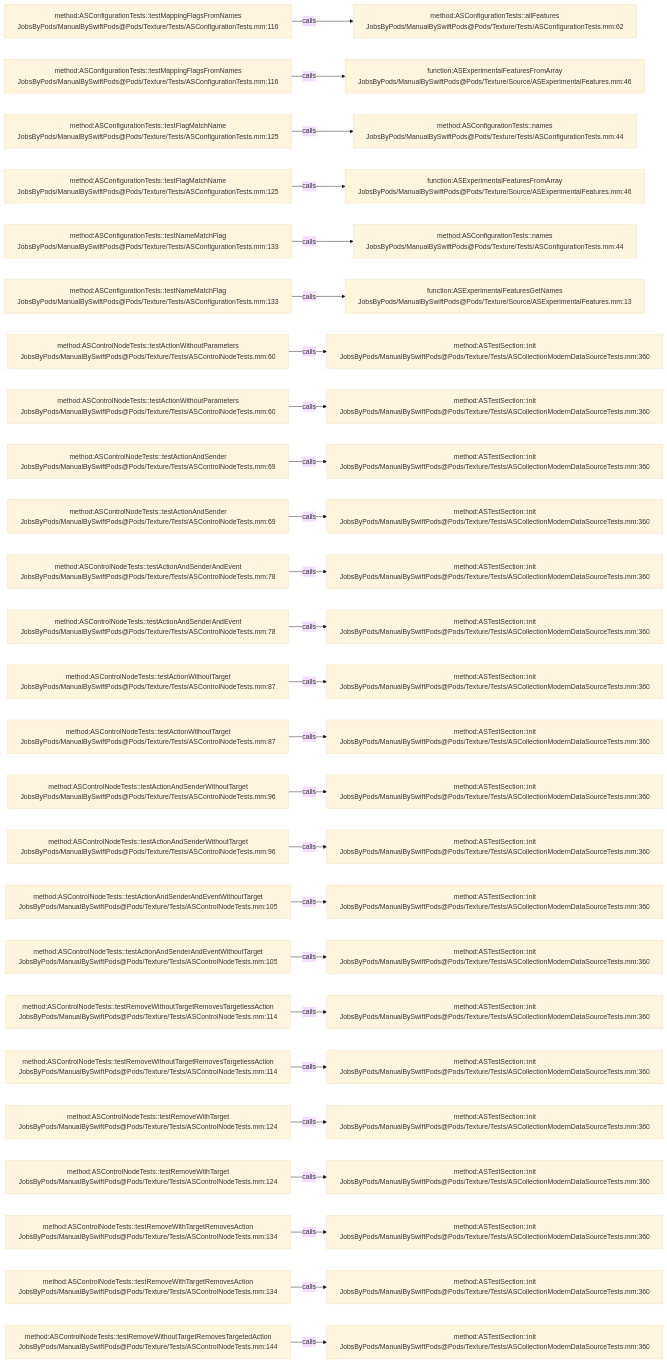
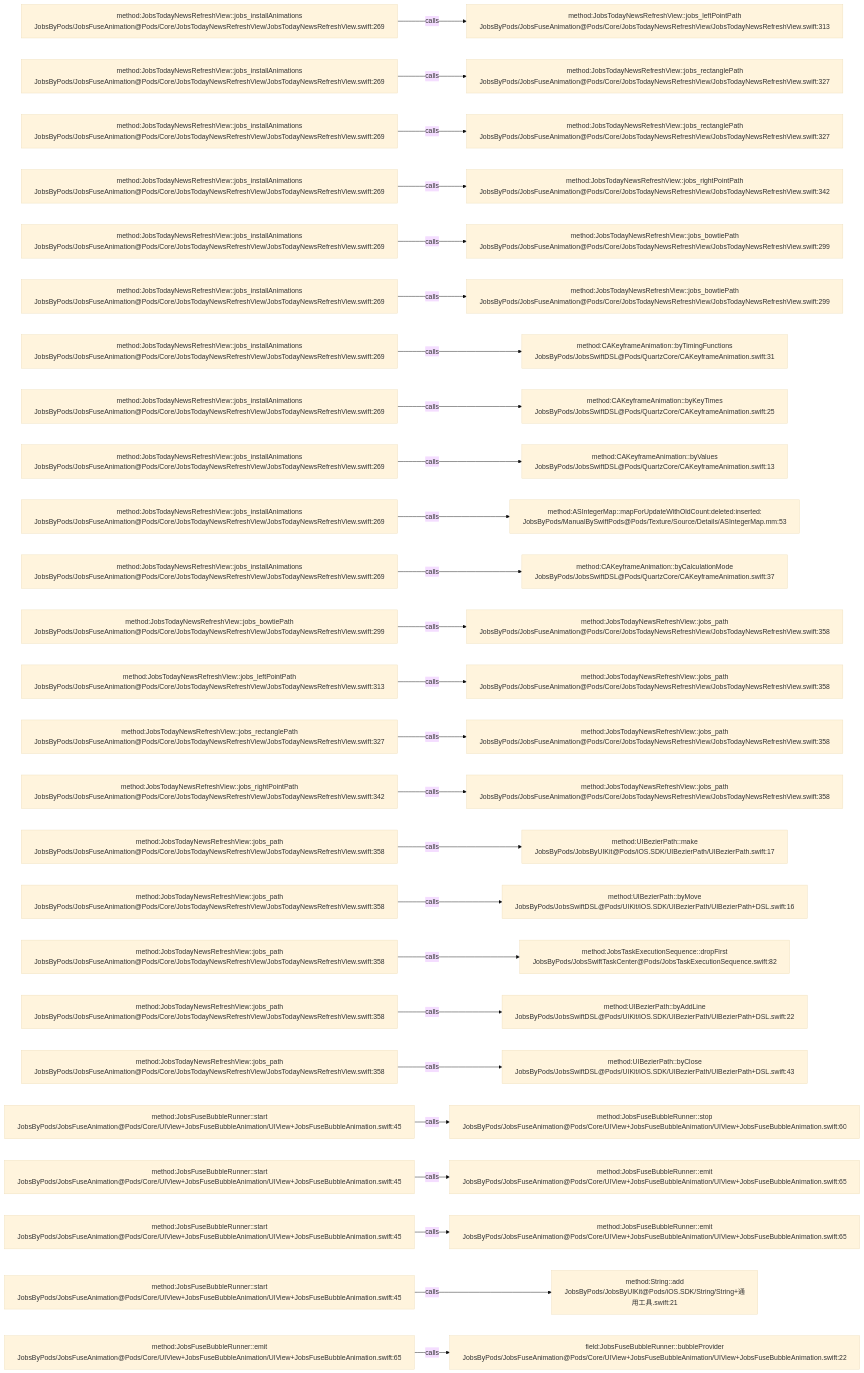
One commit to JobsKits/JobsSwiftBaseConfigDemo changed the diagram in .codegraph/codegraph.md/graphs/calls-175.md. Above: the diagram before and after it, drawn with Mermaid (base theme). The commit also changed 224 other files, not shown here.

````diff
--- a/.codegraph/codegraph.md/graphs/calls-175.md
+++ b/.codegraph/codegraph.md/graphs/calls-175.md
@@ -13,78 +13,78 @@
 ```mermaid
 flowchart LR
-  S1["method:ASConfigurationTests::testMappingFlagsFromNames<br/>JobsByPods/ManualBySwiftPods@Pods/Texture/Tests/ASConfigurationTests.mm:116"]
-  T1["method:ASConfigurationTests::allFeatures<br/>JobsByPods/ManualBySwiftPods@Pods/Texture/Tests/ASConfigurationTests.mm:62"]
+  S1["method:JobsTodayNewsRefreshView::jobs_installAnimations<br/>JobsByPods/JobsFuseAnimation@Pods/Core/JobsTodayNewsRefreshView/JobsTodayNewsRefreshView.swift:269"]
+  T1["method:JobsTodayNewsRefreshView::jobs_leftPointPath<br/>JobsByPods/JobsFuseAnimation@Pods/Core/JobsTodayNewsRefreshView/JobsTodayNewsRefreshView.swift:313"]
   S1 -->|calls| T1
-  S2["method:ASConfigurationTests::testMappingFlagsFromNames<br/>JobsByPods/ManualBySwiftPods@Pods/Texture/Tests/ASConfigurationTests.mm:116"]
-  T2["function:ASExperimentalFeaturesFromArray<br/>JobsByPods/ManualBySwiftPods@Pods/Texture/Source/ASExperimentalFeatures.mm:46"]
+  S2["method:JobsTodayNewsRefreshView::jobs_installAnimations<br/>JobsByPods/JobsFuseAnimation@Pods/Core/JobsTodayNewsRefreshView/JobsTodayNewsRefreshView.swift:269"]
+  T2["method:JobsTodayNewsRefreshView::jobs_rectanglePath<br/>JobsByPods/JobsFuseAnimation@Pods/Core/JobsTodayNewsRefreshView/JobsTodayNewsRefreshView.swift:327"]
   S2 -->|calls| T2
-  S3["method:ASConfigurationTests::testFlagMatchName<br/>JobsByPods/ManualBySwiftPods@Pods/Texture/Tests/ASConfigurationTests.mm:125"]
-  T3["method:ASConfigurationTests::names<br/>JobsByPods/ManualBySwiftPods@Pods/Texture/Tests/ASConfigurationTests.mm:44"]
+  S3["method:JobsTodayNewsRefreshView::jobs_installAnimations<br/>JobsByPods/JobsFuseAnimation@Pods/Core/JobsTodayNewsRefreshView/JobsTodayNewsRefreshView.swift:269"]
+  T3["method:JobsTodayNewsRefreshView::jobs_rectanglePath<br/>JobsByPods/JobsFuseAnimation@Pods/Core/JobsTodayNewsRefreshView/JobsTodayNewsRefreshView.swift:327"]
   S3 -->|calls| T3
-  S4["method:ASConfigurationTests::testFlagMatchName<br/>JobsByPods/ManualBySwiftPods@Pods/Texture/Tests/ASConfigurationTests.mm:125"]
-  T4["function:ASExperimentalFeaturesFromArray<br/>JobsByPods/ManualBySwiftPods@Pods/Texture/Source/ASExperimentalFeatures.mm:46"]
+  S4["method:JobsTodayNewsRefreshView::jobs_installAnimations<br/>JobsByPods/JobsFuseAnimation@Pods/Core/JobsTodayNewsRefreshView/JobsTodayNewsRefreshView.swift:269"]
+  T4["method:JobsTodayNewsRefreshView::jobs_rightPointPath<br/>JobsByPods/JobsFuseAnimation@Pods/Core/JobsTodayNewsRefreshView/JobsTodayNewsRefreshView.swift:342"]
   S4 -->|calls| T4
-  S5["method:ASConfigurationTests::testNameMatchFlag<br/>JobsByPods/ManualBySwiftPods@Pods/Texture/Tests/ASConfigurationTests.mm:133"]
-  T5["method:ASConfigurationTests::names<br/>JobsByPods/ManualBySwiftPods@Pods/Texture/Tests/ASConfigurationTests.mm:44"]
+  S5["method:JobsTodayNewsRefreshView::jobs_installAnimations<br/>JobsByPods/JobsFuseAnimation@Pods/Core/JobsTodayNewsRefreshView/JobsTodayNewsRefreshView.swift:269"]
+  T5["method:JobsTodayNewsRefreshView::jobs_bowtiePath<br/>JobsByPods/JobsFuseAnimation@Pods/Core/JobsTodayNewsRefreshView/JobsTodayNewsRefreshView.swift:299"]
   S5 -->|calls| T5
-  S6["method:ASConfigurationTests::testNameMatchFlag<br/>JobsByPods/ManualBySwiftPods@Pods/Texture/Tests/ASConfigurationTests.mm:133"]
-  T6["function:ASExperimentalFeaturesGetNames<br/>JobsByPods/ManualBySwiftPods@Pods/Texture/Source/ASExperimentalFeatures.mm:13"]
+  S6["method:JobsTodayNewsRefreshView::jobs_installAnimations<br/>JobsByPods/JobsFuseAnimation@Pods/Core/JobsTodayNewsRefreshView/JobsTodayNewsRefreshView.swift:269"]
+  T6["method:JobsTodayNewsRefreshView::jobs_bowtiePath<br/>JobsByPods/JobsFuseAnimation@Pods/Core/JobsTodayNewsRefreshView/JobsTodayNewsRefreshView.swift:299"]
   S6 -->|calls| T6
-  S7["method:ASControlNodeTests::testActionWithoutParameters<br/>JobsByPods/ManualBySwiftPods@Pods/Texture/Tests/ASControlNodeTests.mm:60"]
-  T7["method:ASTestSection::init<br/>JobsByPods/ManualBySwiftPods@Pods/Texture/Tests/ASCollectionModernDataSourceTests.mm:360"]
+  S7["method:JobsTodayNewsRefreshView::jobs_installAnimations<br/>JobsByPods/JobsFuseAnimation@Pods/Core/JobsTodayNewsRefreshView/JobsTodayNewsRefreshView.swift:269"]
+  T7["method:CAKeyframeAnimation::byTimingFunctions<br/>JobsByPods/JobsSwiftDSL@Pods/QuartzCore/CAKeyframeAnimation.swift:31"]
   S7 -->|calls| T7
-  S8["method:ASControlNodeTests::testActionWithoutParameters<br/>JobsByPods/ManualBySwiftPods@Pods/Texture/Tests/ASControlNodeTests.mm:60"]
-  T8["method:ASTestSection::init<br/>JobsByPods/ManualBySwiftPods@Pods/Texture/Tests/ASCollectionModernDataSourceTests.mm:360"]
+  S8["method:JobsTodayNewsRefreshView::jobs_installAnimations<br/>JobsByPods/JobsFuseAnimation@Pods/Core/JobsTodayNewsRefreshView/JobsTodayNewsRefreshView.swift:269"]
+  T8["method:CAKeyframeAnimation::byKeyTimes<br/>JobsByPods/JobsSwiftDSL@Pods/QuartzCore/CAKeyframeAnimation.swift:25"]
   S8 -->|calls| T8
-  S9["method:ASControlNodeTests::testActionAndSender<br/>JobsByPods/ManualBySwiftPods@Pods/Texture/Tests/ASControlNodeTests.mm:69"]
-  T9["method:ASTestSection::init<br/>JobsByPods/ManualBySwiftPods@Pods/Texture/Tests/ASCollectionModernDataSourceTests.mm:360"]
+  S9["method:JobsTodayNewsRefreshView::jobs_installAnimations<br/>JobsByPods/JobsFuseAnimation@Pods/Core/JobsTodayNewsRefreshView/JobsTodayNewsRefreshView.swift:269"]
+  T9["method:CAKeyframeAnimation::byValues<br/>JobsByPods/JobsSwiftDSL@Pods/QuartzCore/CAKeyframeAnimation.swift:13"]
   S9 -->|calls| T9
-  S10["method:ASControlNodeTests::testActionAndSender<br/>JobsByPods/ManualBySwiftPods@Pods/Texture/Tests/ASControlNodeTests.mm:69"]
-  T10["method:ASTestSection::init<br/>JobsByPods/ManualBySwiftPods@Pods/Texture/Tests/ASCollectionModernDataSourceTests.mm:360"]
+  S10["method:JobsTodayNewsRefreshView::jobs_installAnimations<br/>JobsByPods/JobsFuseAnimation@Pods/Core/JobsTodayNewsRefreshView/JobsTodayNewsRefreshView.swift:269"]
+  T10["method:ASIntegerMap::mapForUpdateWithOldCount:deleted:inserted:<br/>JobsByPods/ManualBySwiftPods@Pods/Texture/Source/Details/ASIntegerMap.mm:53"]
   S10 -->|calls| T10
-  S11["method:ASControlNodeTests::testActionAndSenderAndEvent<br/>JobsByPods/ManualBySwiftPods@Pods/Texture/Tests/ASControlNodeTests.mm:78"]
-  T11["method:ASTestSection::init<br/>JobsByPods/ManualBySwiftPods@Pods/Texture/Tests/ASCollectionModernDataSourceTests.mm:360"]
+  S11["method:JobsTodayNewsRefreshView::jobs_installAnimations<br/>JobsByPods/JobsFuseAnimation@Pods/Core/JobsTodayNewsRefreshView/JobsTodayNewsRefreshView.swift:269"]
+  T11["method:CAKeyframeAnimation::byCalculationMode<br/>JobsByPods/JobsSwiftDSL@Pods/QuartzCore/CAKeyframeAnimation.swift:37"]
   S11 -->|calls| T11
-  S12["method:ASControlNodeTests::testActionAndSenderAndEvent<br/>JobsByPods/ManualBySwiftPods@Pods/Texture/Tests/ASControlNodeTests.mm:78"]
-  T12["method:ASTestSection::init<br/>JobsByPods/ManualBySwiftPods@Pods/Texture/Tests/ASCollectionModernDataSourceTests.mm:360"]
+  S12["method:JobsTodayNewsRefreshView::jobs_bowtiePath<br/>JobsByPods/JobsFuseAnimation@Pods/Core/JobsTodayNewsRefreshView/JobsTodayNewsRefreshView.swift:299"]
+  T12["method:JobsTodayNewsRefreshView::jobs_path<br/>JobsByPods/JobsFuseAnimation@Pods/Core/JobsTodayNewsRefreshView/JobsTodayNewsRefreshView.swift:358"]
   S12 -->|calls| T12
-  S13["method:ASControlNodeTests::testActionWithoutTarget<br/>JobsByPods/ManualBySwiftPods@Pods/Texture/Tests/ASControlNodeTests.mm:87"]
-  T13["method:ASTestSection::init<br/>JobsByPods/ManualBySwiftPods@Pods/Texture/Tests/ASCollectionModernDataSourceTests.mm:360"]
+  S13["method:JobsTodayNewsRefreshView::jobs_leftPointPath<br/>JobsByPods/JobsFuseAnimation@Pods/Core/JobsTodayNewsRefreshView/JobsTodayNewsRefreshView.swift:313"]
+  T13["method:JobsTodayNewsRefreshView::jobs_path<br/>JobsByPods/JobsFuseAnimation@Pods/Core/JobsTodayNewsRefreshView/JobsTodayNewsRefreshView.swift:358"]
   S13 -->|calls| T13
-  S14["method:ASControlNodeTests::testActionWithoutTarget<br/>JobsByPods/ManualBySwiftPods@Pods/Texture/Tests/ASControlNodeTests.mm:87"]
-  T14["method:ASTestSection::init<br/>JobsByPods/ManualBySwiftPods@Pods/Texture/Tests/ASCollectionModernDataSourceTests.mm:360"]
+  S14["method:JobsTodayNewsRefreshView::jobs_rectanglePath<br/>JobsByPods/JobsFuseAnimation@Pods/Core/JobsTodayNewsRefreshView/JobsTodayNewsRefreshView.swift:327"]
+  T14["method:JobsTodayNewsRefreshView::jobs_path<br/>JobsByPods/JobsFuseAnimation@Pods/Core/JobsTodayNewsRefreshView/JobsTodayNewsRefreshView.swift:358"]
   S14 -->|calls| T14
-  S15["method:ASControlNodeTests::testActionAndSenderWithoutTarget<br/>JobsByPods/ManualBySwiftPods@Pods/Texture/Tests/ASControlNodeTests.mm:96"]
-  T15["method:ASTestSection::init<br/>JobsByPods/ManualBySwiftPods@Pods/Texture/Tests/ASCollectionModernDataSourceTests.mm:360"]
+  S15["method:JobsTodayNewsRefreshView::jobs_rightPointPath<br/>JobsByPods/JobsFuseAnimation@Pods/Core/JobsTodayNewsRefreshView/JobsTodayNewsRefreshView.swift:342"]
+  T15["method:JobsTodayNewsRefreshView::jobs_path<br/>JobsByPods/JobsFuseAnimation@Pods/Core/JobsTodayNewsRefreshView/JobsTodayNewsRefreshView.swift:358"]
   S15 -->|calls| T15
-  S16["method:ASControlNodeTests::testActionAndSenderWithoutTarget<br/>JobsByPods/ManualBySwiftPods@Pods/Texture/Tests/ASControlNodeTests.mm:96"]
-  T16["method:ASTestSection::init<br/>JobsByPods/ManualBySwiftPods@Pods/Texture/Tests/ASCollectionModernDataSourceTests.mm:360"]
+  S16["method:JobsTodayNewsRefreshView::jobs_path<br/>JobsByPods/JobsFuseAnimation@Pods/Core/JobsTodayNewsRefreshView/JobsTodayNewsRefreshView.swift:358"]
+  T16["method:UIBezierPath::make<br/>JobsByPods/JobsByUIKit@Pods/iOS.SDK/UIBezierPath/UIBezierPath.swift:17"]
   S16 -->|calls| T16
-  S17["method:ASControlNodeTests::testActionAndSenderAndEventWithoutTarget<br/>JobsByPods/ManualBySwiftPods@Pods/Texture/Tests/ASControlNodeTests.mm:105"]
-  T17["method:ASTestSection::init<br/>JobsByPods/ManualBySwiftPods@Pods/Texture/Tests/ASCollectionModernDataSourceTests.mm:360"]
+  S17["method:JobsTodayNewsRefreshView::jobs_path<br/>JobsByPods/JobsFuseAnimation@Pods/Core/JobsTodayNewsRefreshView/JobsTodayNewsRefreshView.swift:358"]
+  T17["method:UIBezierPath::byMove<br/>JobsByPods/JobsSwiftDSL@Pods/UIKit/iOS.SDK/UIBezierPath/UIBezierPath+DSL.swift:16"]
   S17 -->|calls| T17
-  S18["method:ASControlNodeTests::testActionAndSenderAndEventWithoutTarget<br/>JobsByPods/ManualBySwiftPods@Pods/Texture/Tests/ASControlNodeTests.mm:105"]
-  T18["method:ASTestSection::init<br/>JobsByPods/ManualBySwiftPods@Pods/Texture/Tests/ASCollectionModernDataSourceTests.mm:360"]
+  S18["method:JobsTodayNewsRefreshView::jobs_path<br/>JobsByPods/JobsFuseAnimation@Pods/Core/JobsTodayNewsRefreshView/JobsTodayNewsRefreshView.swift:358"]
+  T18["method:JobsTaskExecutionSequence::dropFirst<br/>JobsByPods/JobsSwiftTaskCenter@Pods/JobsTaskExecutionSequence.swift:82"]
   S18 -->|calls| T18
-  S19["method:ASControlNodeTests::testRemoveWithoutTargetRemovesTargetlessAction<br/>JobsByPods/ManualBySwiftPods@Pods/Texture/Tests/ASControlNodeTests.mm:114"]
-  T19["method:ASTestSection::init<br/>JobsByPods/ManualBySwiftPods@Pods/Texture/Tests/ASCollectionModernDataSourceTests.mm:360"]
+  S19["method:JobsTodayNewsRefreshView::jobs_path<br/>JobsByPods/JobsFuseAnimation@Pods/Core/JobsTodayNewsRefreshView/JobsTodayNewsRefreshView.swift:358"]
+  T19["method:UIBezierPath::byAddLine<br/>JobsByPods/JobsSwiftDSL@Pods/UIKit/iOS.SDK/UIBezierPath/UIBezierPath+DSL.swift:22"]
   S19 -->|calls| T19
-  S20["method:ASControlNodeTests::testRemoveWithoutTargetRemovesTargetlessAction<br/>JobsByPods/ManualBySwiftPods@Pods/Texture/Tests/ASControlNodeTests.mm:114"]
-  T20["method:ASTestSection::init<br/>JobsByPods/ManualBySwiftPods@Pods/Texture/Tests/ASCollectionModernDataSourceTests.mm:360"]
+  S20["method:JobsTodayNewsRefreshView::jobs_path<br/>JobsByPods/JobsFuseAnimation@Pods/Core/JobsTodayNewsRefreshView/JobsTodayNewsRefreshView.swift:358"]
+  T20["method:UIBezierPath::byClose<br/>JobsByPods/JobsSwiftDSL@Pods/UIKit/iOS.SDK/UIBezierPath/UIBezierPath+DSL.swift:43"]
   S20 -->|calls| T20
-  S21["method:ASControlNodeTests::testRemoveWithTarget<br/>JobsByPods/ManualBySwiftPods@Pods/Texture/Tests/ASControlNodeTests.mm:124"]
-  T21["method:ASTestSection::init<br/>JobsByPods/ManualBySwiftPods@Pods/Texture/Tests/ASCollectionModernDataSourceTests.mm:360"]
+  S21["method:JobsFuseBubbleRunner::start<br/>JobsByPods/JobsFuseAnimation@Pods/Core/UIView+JobsFuseBubbleAnimation/UIView+JobsFuseBubbleAnimation.swift:45"]
+  T21["method:JobsFuseBubbleRunner::stop<br/>JobsByPods/JobsFuseAnimation@Pods/Core/UIView+JobsFuseBubbleAnimation/UIView+JobsFuseBubbleAnimation.swift:60"]
   S21 -->|calls| T21
-  S22["method:ASControlNodeTests::testRemoveWithTarget<br/>JobsByPods/ManualBySwiftPods@Pods/Texture/Tests/ASControlNodeTests.mm:124"]
-  T22["method:ASTestSection::init<br/>JobsByPods/ManualBySwiftPods@Pods/Texture/Tests/ASCollectionModernDataSourceTests.mm:360"]
+  S22["method:JobsFuseBubbleRunner::start<br/>JobsByPods/JobsFuseAnimation@Pods/Core/UIView+JobsFuseBubbleAnimation/UIView+JobsFuseBubbleAnimation.swift:45"]
+  T22["method:JobsFuseBubbleRunner::emit<br/>JobsByPods/JobsFuseAnimation@Pods/Core/UIView+JobsFuseBubbleAnimation/UIView+JobsFuseBubbleAnimation.swift:65"]
   S22 -->|calls| T22
-  S23["method:ASControlNodeTests::testRemoveWithTargetRemovesAction<br/>JobsByPods/ManualBySwiftPods@Pods/Texture/Tests/ASControlNodeTests.mm:134"]
-  T23["method:ASTestSection::init<br/>JobsByPods/ManualBySwiftPods@Pods/Texture/Tests/ASCollectionModernDataSourceTests.mm:360"]
+  S23["method:JobsFuseBubbleRunner::start<br/>JobsByPods/JobsFuseAnimation@Pods/Core/UIView+JobsFuseBubbleAnimation/UIView+JobsFuseBubbleAnimation.swift:45"]
+  T23["method:JobsFuseBubbleRunner::emit<br/>JobsByPods/JobsFuseAnimation@Pods/Core/UIView+JobsFuseBubbleAnimation/UIView+JobsFuseBubbleAnimation.swift:65"]
   S23 -->|calls| T23
-  S24["method:ASControlNodeTests::testRemoveWithTargetRemovesAction<br/>JobsByPods/ManualBySwiftPods@Pods/Texture/Tests/ASControlNodeTests.mm:134"]
-  T24["method:ASTestSection::init<br/>JobsByPods/ManualBySwiftPods@Pods/Texture/Tests/ASCollectionModernDataSourceTests.mm:360"]
+  S24["method:JobsFuseBubbleRunner::start<br/>JobsByPods/JobsFuseAnimation@Pods/Core/UIView+JobsFuseBubbleAnimation/UIView+JobsFuseBubbleAnimation.swift:45"]
+  T24["method:String::add<br/>JobsByPods/JobsByUIKit@Pods/iOS.SDK/String/String+通用工具.swift:21"]
   S24 -->|calls| T24
-  S25["method:ASControlNodeTests::testRemoveWithoutTargetRemovesTargetedAction<br/>JobsByPods/ManualBySwiftPods@Pods/Texture/Tests/ASControlNodeTests.mm:144"]
-  T25["method:ASTestSection::init<br/>JobsByPods/ManualBySwiftPods@Pods/Texture/Tests/ASCollectionModernDataSourceTests.mm:360"]
+  S25["method:JobsFuseBubbleRunner::emit<br/>JobsByPods/JobsFuseAnimation@Pods/Core/UIView+JobsFuseBubbleAnimation/UIView+JobsFuseBubbleAnimation.swift:65"]
+  T25["field:JobsFuseBubbleRunner::bubbleProvider<br/>JobsByPods/JobsFuseAnimation@Pods/Core/UIView+JobsFuseBubbleAnimation/UIView+JobsFuseBubbleAnimation.swift:22"]
   S25 -->|calls| T25
 ```
````
